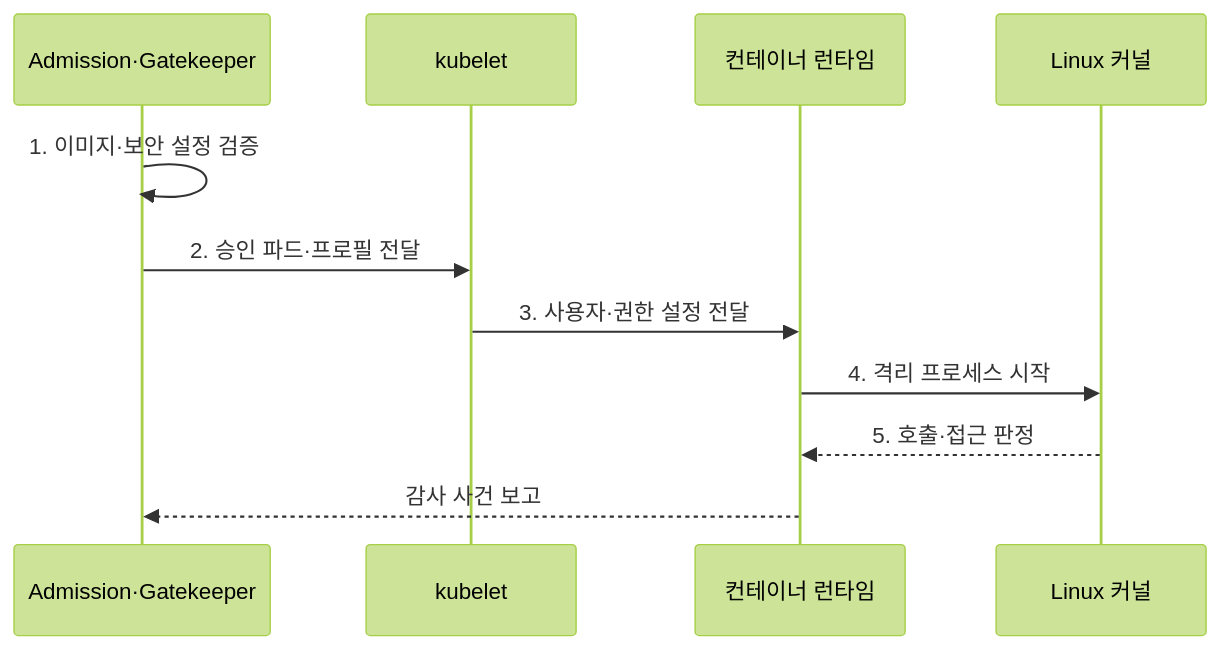
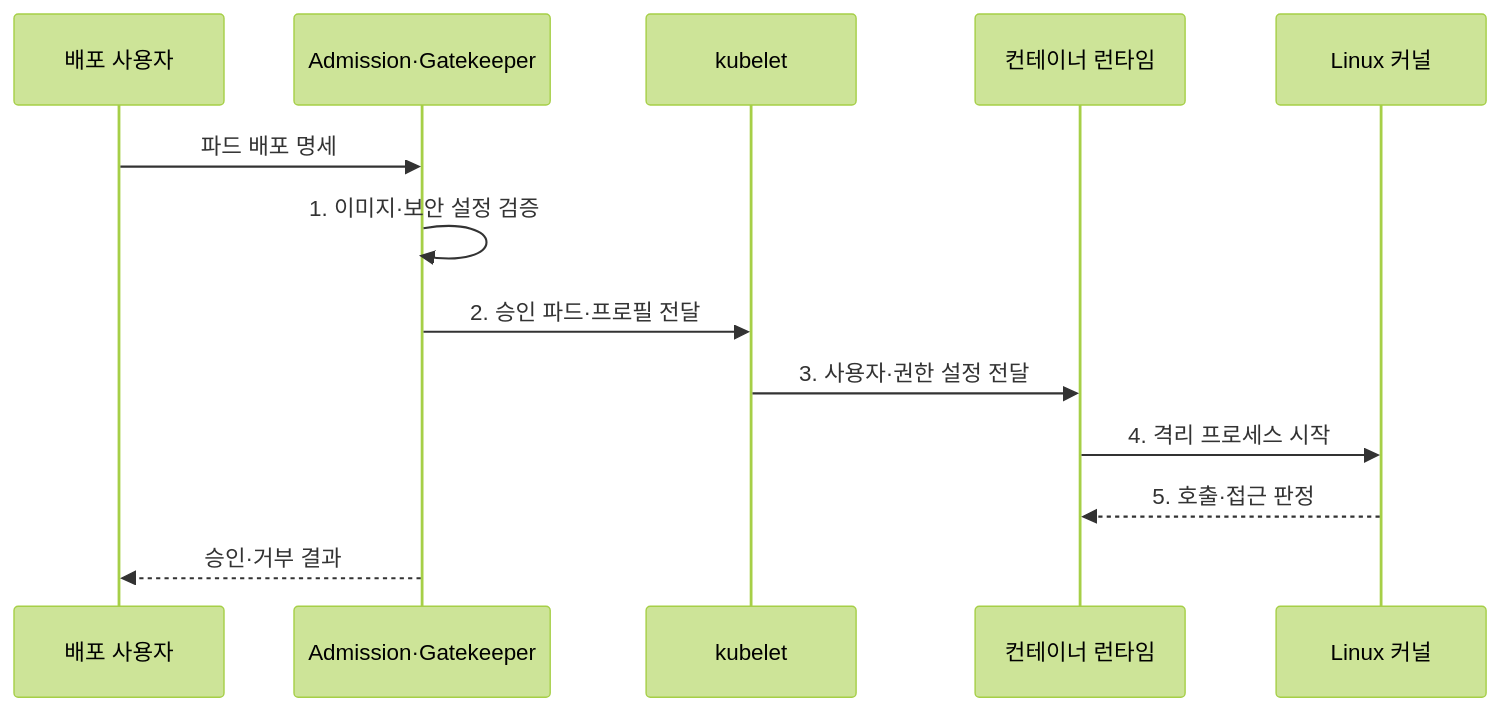
Before and after one commit to agnusdei1207/knowledge-base: the second of 2 diagrams in src/content/docs/notes/03-software/158_container_security.md, drawn with Mermaid (forest theme). The commit also changed other lines of this file and 20 other files, not shown here.

````diff
--- a/src/content/docs/notes/03-software/158_container_security.md
+++ b/src/content/docs/notes/03-software/158_container_security.md
@@ -84,13 +88,15 @@
 ```mermaid
 sequenceDiagram
+    participant U as 배포 사용자
     participant O as Admission·Gatekeeper
     participant N as kubelet
     participant R as 컨테이너 런타임
     participant K as Linux 커널
+    U->>O: 파드 배포 명세
     O->>O: 1. 이미지·보안 설정 검증
     O->>N: 2. 승인 파드·프로필 전달
     N->>R: 3. 사용자·권한 설정 전달
     R->>K: 4. 격리 프로세스 시작
     K-->>R: 5. 호출·접근 판정
-    R-->>O: 감사 사건 보고
+    O-->>U: 승인·거부 결과
 ```
````
